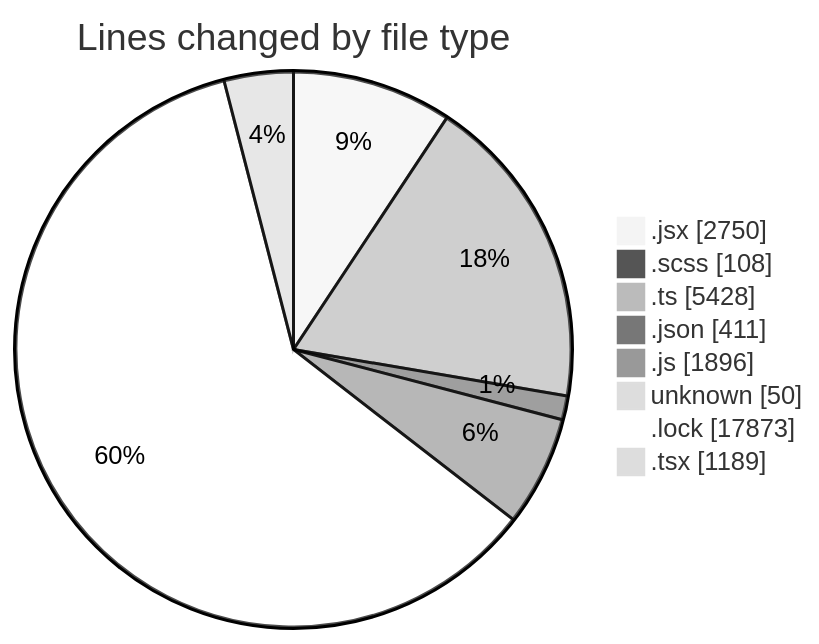
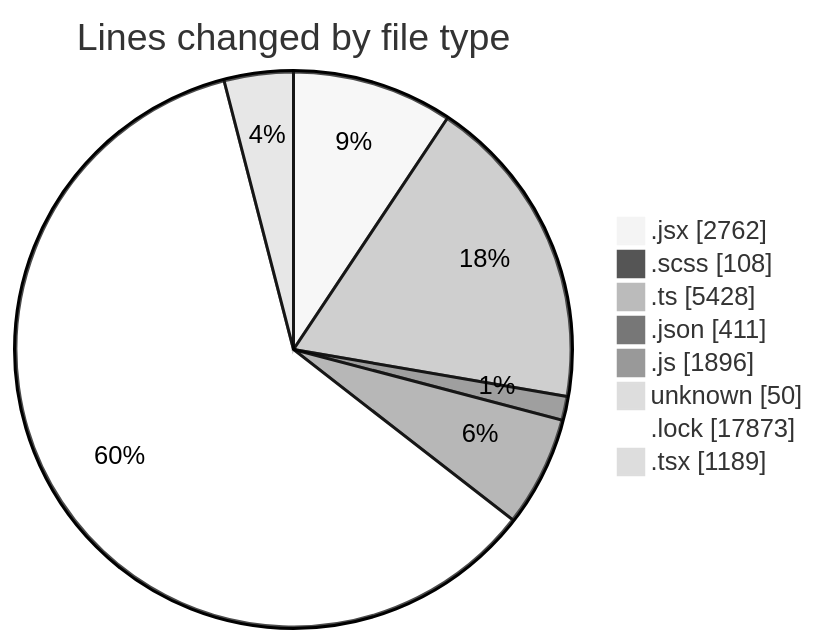
Before and after one commit to momahboobian/code-tracking: the first of 2 diagrams in 2026-09-01/cda/README.md, drawn with Mermaid (neutral theme). The commit also changed other lines of this file and 1 other file, not shown here.

````diff
--- a/2026-09-01/cda/README.md
+++ b/2026-09-01/cda/README.md
@@ -77,12 +77,12 @@
 ```mermaid
 pie showData
 title Lines changed by file type
-".jsx" : 2750
+".jsx" : 2762
 ".scss" : 108
 ".ts" : 5428
 ".json" : 411
 ".js" : 1896
 "unknown" : 50
 ".lock" : 17873
 ".tsx" : 1189
 ```
````
